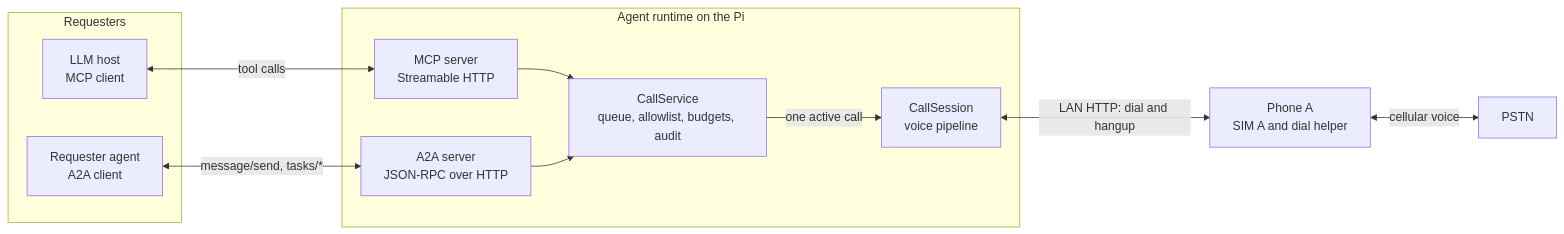
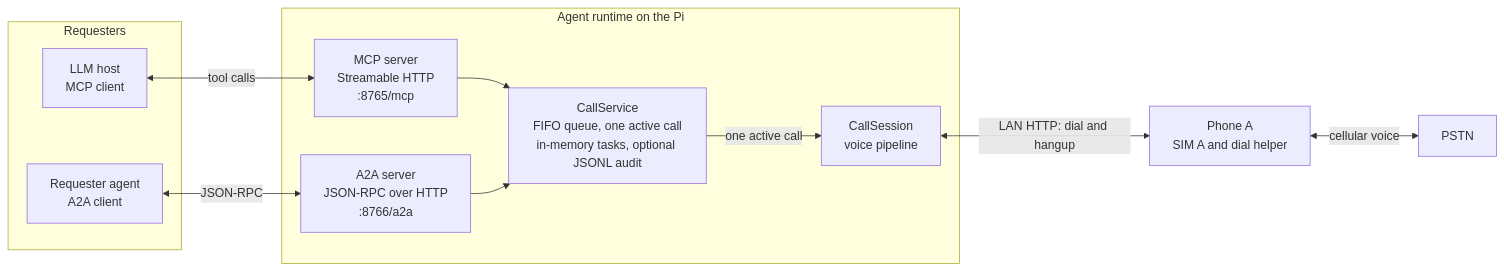
One commit to fahimalizain/android-telephone-agent changed the first of 2 diagrams in docs/interop.md. Above: the diagram before and after it, drawn with Mermaid. The commit also changed other lines of this file and 6 other files, not shown here.

````diff
--- a/docs/interop.md
+++ b/docs/interop.md
@@ -23,22 +49,22 @@
 ```mermaid
 flowchart LR
   subgraph REQ["Requesters"]
     LLM["LLM host<br/>MCP client"]
     AGT["Requester agent<br/>A2A client"]
   end
   subgraph RT["Agent runtime on the Pi"]
-    MCP["MCP server<br/>Streamable HTTP"]
-    A2A["A2A server<br/>JSON-RPC over HTTP"]
-    SVC["CallService<br/>queue, allowlist, budgets, audit"]
+    MCP["MCP server<br/>Streamable HTTP<br/>:8765/mcp"]
+    A2A["A2A server<br/>JSON-RPC over HTTP<br/>:8766/a2a"]
+    SVC["CallService<br/>FIFO queue, one active call<br/>in-memory tasks, optional JSONL audit"]
     SES["CallSession<br/>voice pipeline"]
   end
   PA["Phone A<br/>SIM A and dial helper"]
   PSTN["PSTN"]
   LLM <-->|"tool calls"| MCP
-  AGT <-->|"message/send, tasks/*"| A2A
+  AGT <-->|"JSON-RPC"| A2A
   MCP --> SVC
   A2A --> SVC
   SVC -->|"one active call"| SES
   SES <-->|"LAN HTTP: dial and hangup"| PA
   PA <-->|"cellular voice"| PSTN
 ```
````
